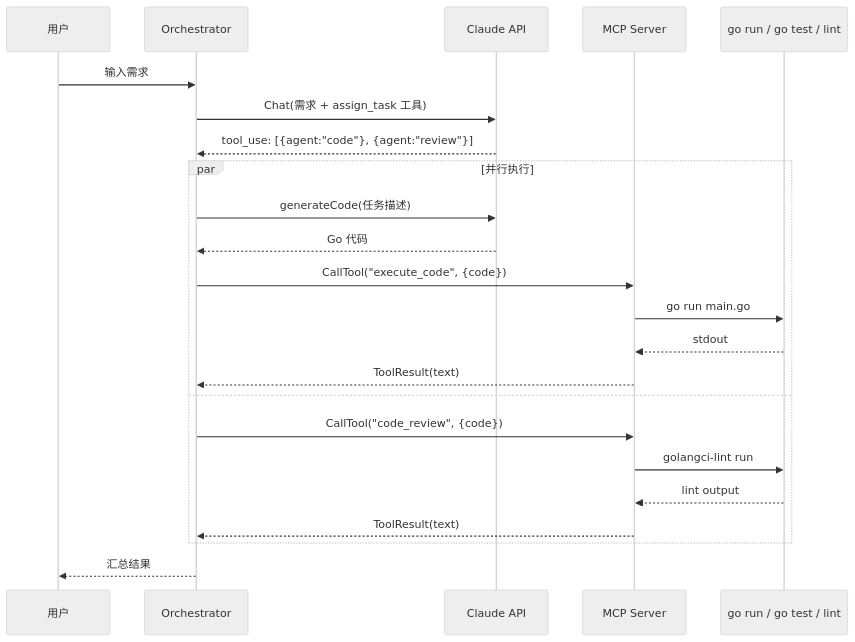
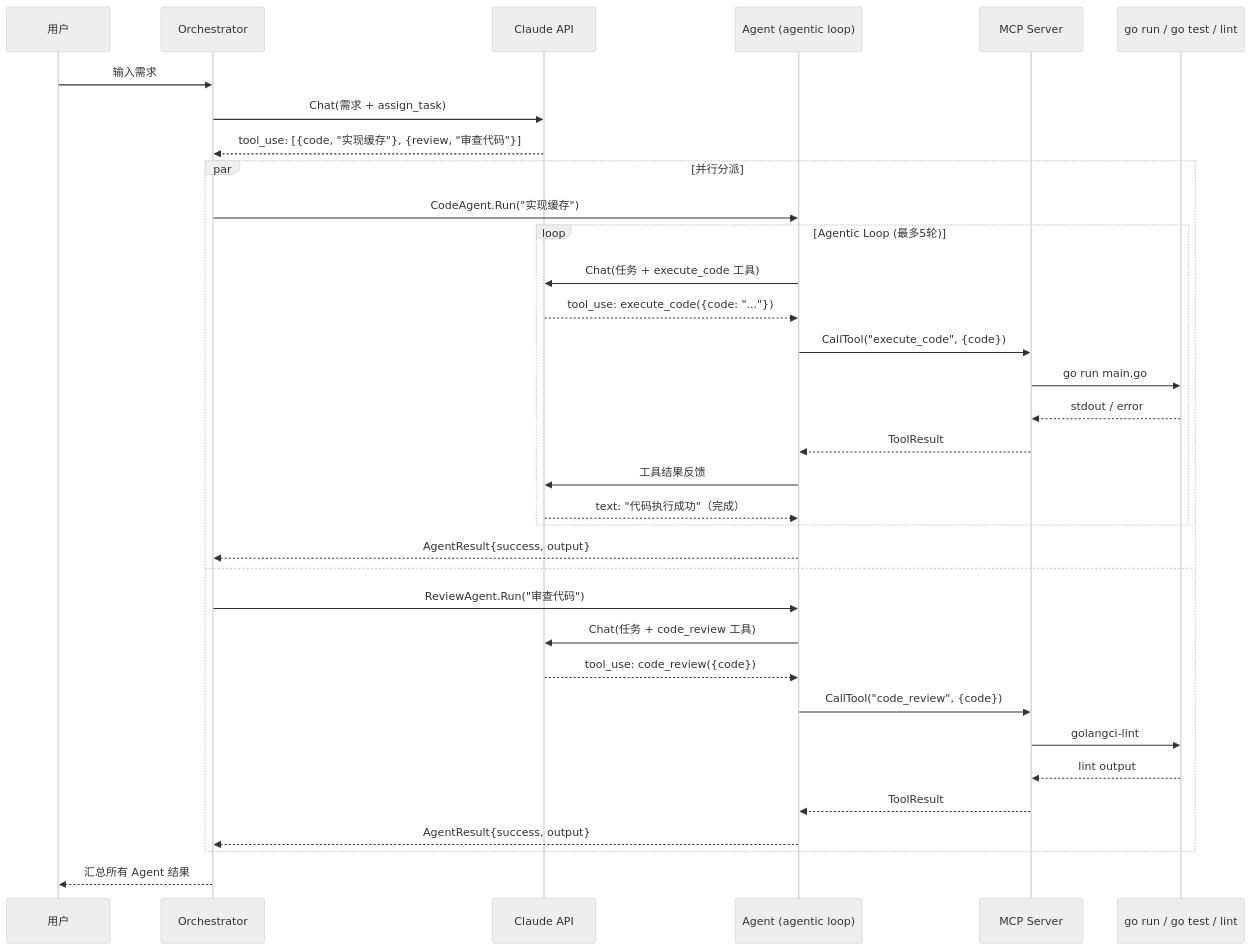
One commit to xuyede/multiple-agent changed the diagram in README.md. Above: the diagram before and after it, drawn with Mermaid (neutral theme). The commit also changed other lines of this file and 2 other files, not shown here.

First line of the commit message:
refactor: add Agent layer with agentic loop between Orchestrator and MCP

````diff
--- a/README.md
+++ b/README.md
@@ -89,28 +110,39 @@
 ```mermaid
 sequenceDiagram
     participant User as 用户
     participant Orch as Orchestrator
     participant Claude as Claude API
+    participant Agent as Agent (agentic loop)
     participant MCP as MCP Server
     participant Tool as go run / go test / lint
 
     User->>Orch: 输入需求
-    Orch->>Claude: Chat(需求 + assign_task 工具)
-    Claude-->>Orch: tool_use: [{agent:"code"}, {agent:"review"}]
+    Orch->>Claude: Chat(需求 + assign_task)
+    Claude-->>Orch: tool_use: [{code, "实现缓存"}, {review, "审查代码"}]
 
-    par 并行执行
-        Orch->>Claude: generateCode(任务描述)
-        Claude-->>Orch: Go 代码
-        Orch->>MCP: CallTool("execute_code", {code})
-        MCP->>Tool: go run main.go
-        Tool-->>MCP: stdout
-        MCP-->>Orch: ToolResult(text)
+    par 并行分派
+        Orch->>Agent: CodeAgent.Run("实现缓存")
+        loop Agentic Loop (最多5轮)
+            Agent->>Claude: Chat(任务 + execute_code 工具)
+            Claude-->>Agent: tool_use: execute_code({code: "..."})
+            Agent->>MCP: CallTool("execute_code", {code})
+            MCP->>Tool: go run main.go
+            Tool-->>MCP: stdout / error
+            MCP-->>Agent: ToolResult
+            Agent->>Claude: 工具结果反馈
+            Claude-->>Agent: text: "代码执行成功"（完成）
+        end
+        Agent-->>Orch: AgentResult{success, output}
     and
-        Orch->>MCP: CallTool("code_review", {code})
-        MCP->>Tool: golangci-lint run
+        Orch->>Agent: ReviewAgent.Run("审查代码")
+        Agent->>Claude: Chat(任务 + code_review 工具)
+        Claude-->>Agent: tool_use: code_review({code})
+        Agent->>MCP: CallTool("code_review", {code})
+        MCP->>Tool: golangci-lint
         Tool-->>MCP: lint output
-        MCP-->>Orch: ToolResult(text)
+        MCP-->>Agent: ToolResult
+        Agent-->>Orch: AgentResult{success, output}
     end
 
-    Orch-->>User: 汇总结果
+    Orch-->>User: 汇总所有 Agent 结果
 ```
````
